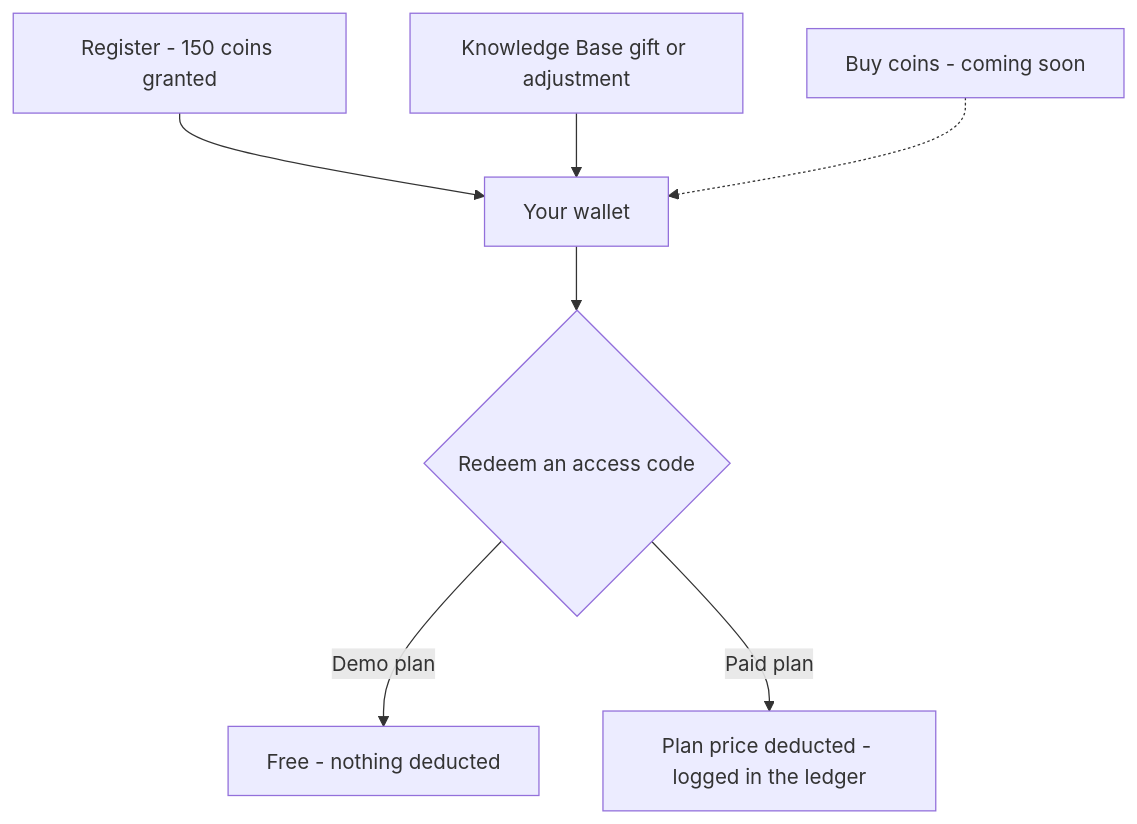
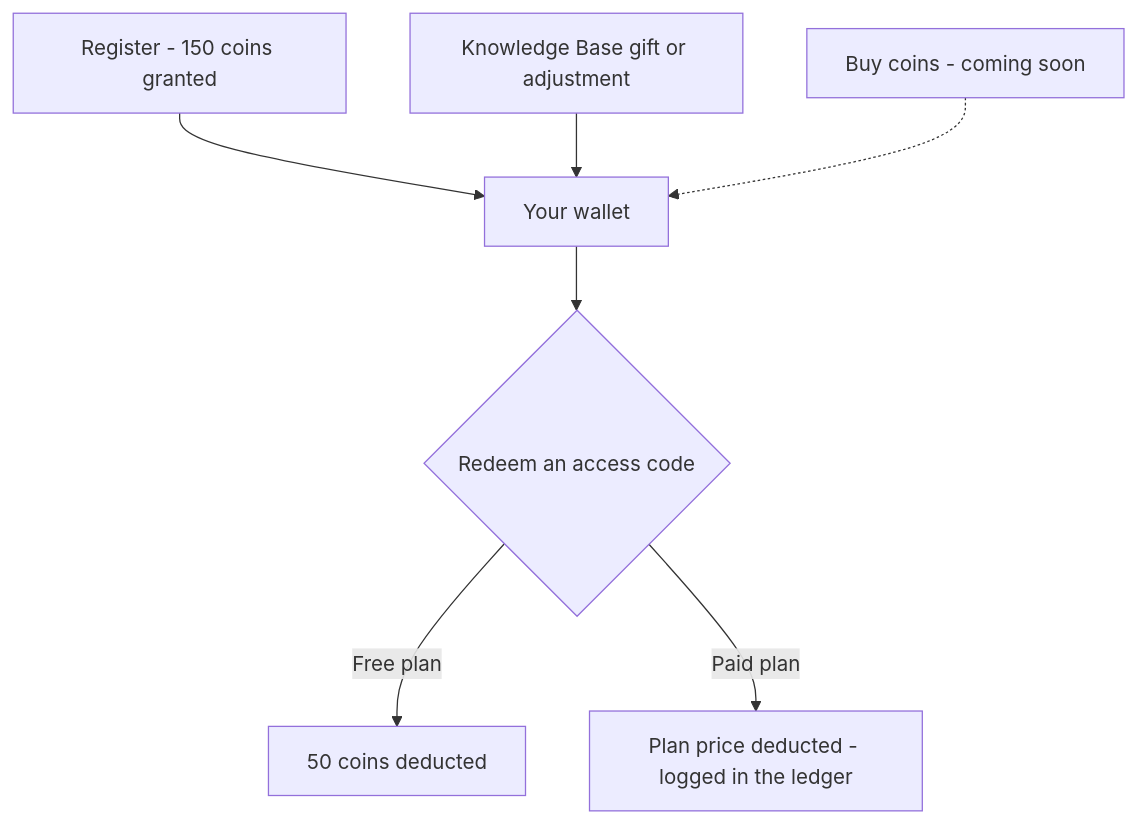
Diagram 44 of 53 in apps/web/public/guide/Knowledge-Vault-Main-Guide-Book.md (ignitelogic1519/Organisation-Knowledge-Vault), drawn with Mermaid before and after one commit. The commit also changed other lines of this file and 31 other files, not shown here.

````diff
--- a/apps/web/public/guide/Knowledge-Vault-Main-Guide-Book.md
+++ b/apps/web/public/guide/Knowledge-Vault-Main-Guide-Book.md
@@ -2858,9 +4458,9 @@
 ```mermaid
 flowchart TD
     A["Register - 150 coins granted"] --> W["Your wallet"]
     G["Knowledge Base gift or adjustment"] --> W
     P["Buy coins - coming soon"] -.-> W
     W --> S{"Redeem an access code"}
-    S -->|Demo plan| F["Free - nothing deducted"]
+    S -->|Free plan| F["50 coins deducted"]
     S -->|Paid plan| D["Plan price deducted - logged in the ledger"]
 ```
````
